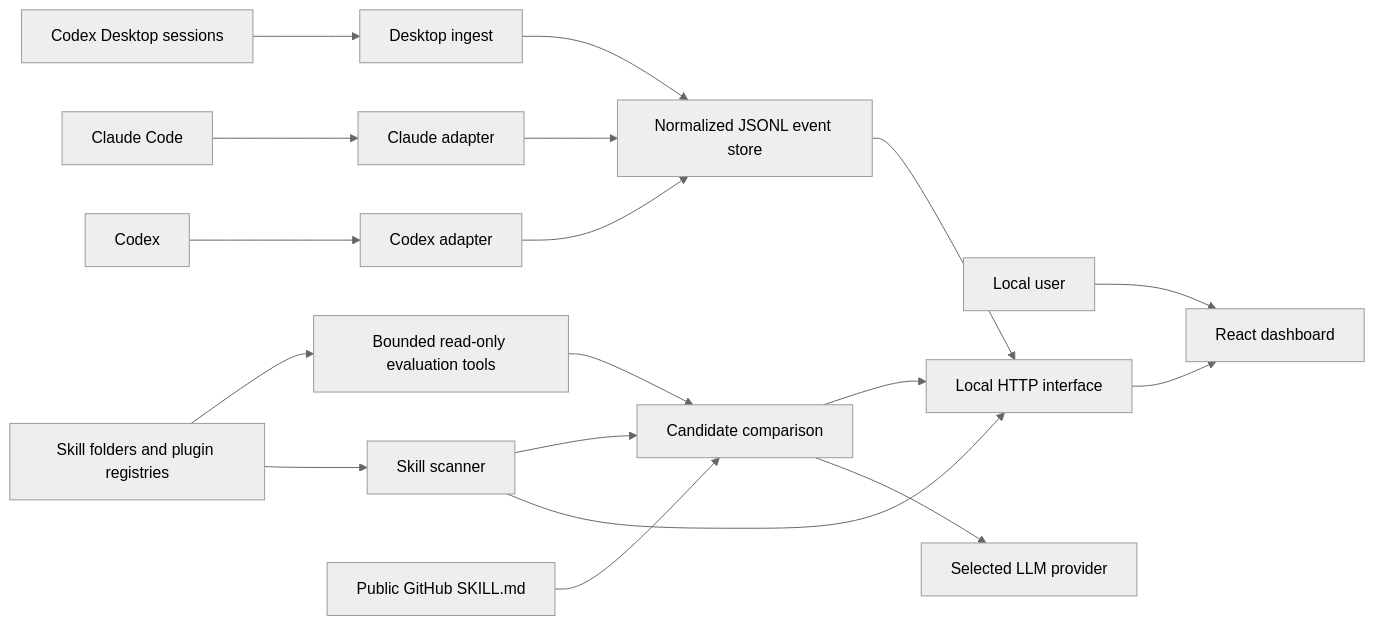
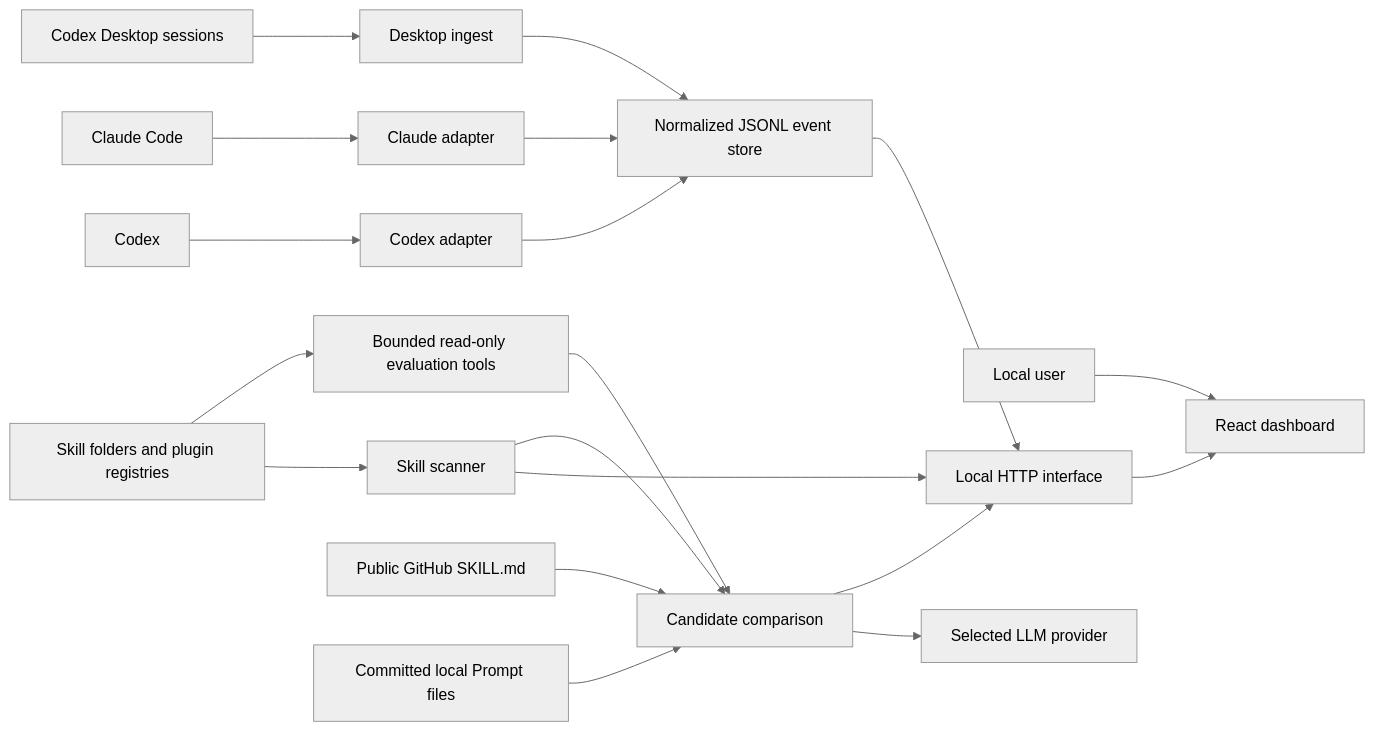
Before and after one commit to Gjts/skillops: the diagram in docs/develop/architecture/system_architecture.md, drawn with Mermaid (neutral theme). The commit also changed other lines of this file and 103 other files, not shown here.

````diff
--- a/docs/develop/architecture/system_architecture.md
+++ b/docs/develop/architecture/system_architecture.md
@@ -15,21 +15,22 @@
 ```mermaid
 flowchart LR
     U[Local user] --> UI[React dashboard]
     C[Codex] --> CA[Codex adapter]
     CL[Claude Code] --> CLA[Claude adapter]
     CS[Codex Desktop sessions] --> ING[Desktop ingest]
     FS[Skill folders and plugin registries] --> SCAN[Skill scanner]
     FS --> AGENT[Bounded read-only evaluation tools]
     GH[Public GitHub SKILL.md] --> EVAL[Candidate comparison]
+    GP[Committed local Prompt files] --> EVAL
     EVAL --> LLM[Selected LLM provider]
     AGENT --> EVAL
 
     CA --> STORE[Normalized JSONL event store]
     CLA --> STORE
     ING --> STORE
     SCAN --> API[Local HTTP interface]
     STORE --> API
     SCAN --> EVAL
     EVAL --> API
     API --> UI
 ```
````
